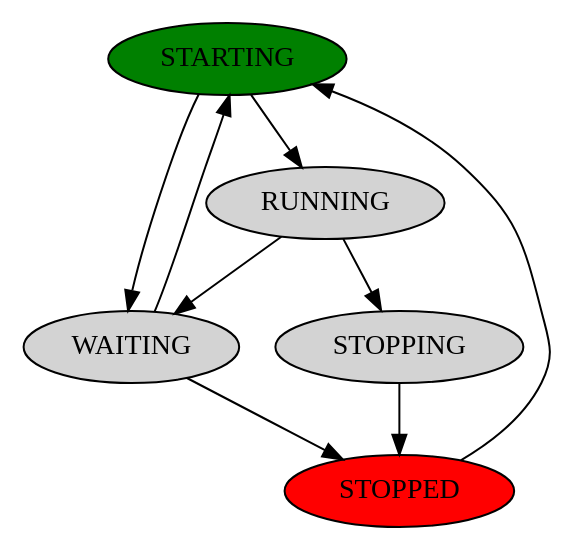
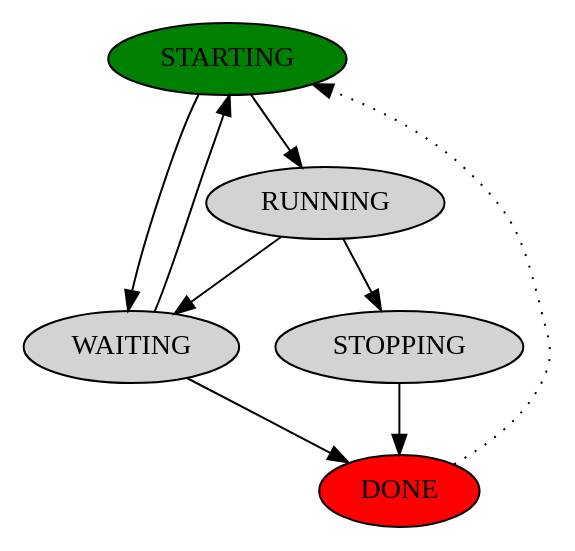
The diagram in api/agent/agent_status.dot (percona/pmm), drawn with Graphviz before and after one commit. The commit also changed 2 other files, not shown here.

```diff
--- a/api/agent/agent_status.dot
+++ b/api/agent/agent_status.dot
@@ -1,22 +1,22 @@
 digraph {
   node [style=filled];
 
   STARTING [fillcolor=green];
   RUNNING;
   WAITING;
   STOPPING;
-  STOPPED [fillcolor=red];
+  DONE [fillcolor=red];
 
   STARTING -> RUNNING;
   STARTING -> WAITING;
 
   RUNNING -> STOPPING;
   RUNNING -> WAITING;
 
   WAITING -> STARTING;
-  WAITING -> STOPPED;
+  WAITING -> DONE;
 
-  STOPPING -> STOPPED;
+  STOPPING -> DONE;
 
-  STOPPED -> STARTING;
+  DONE -> STARTING [style=dotted];
 }
```
